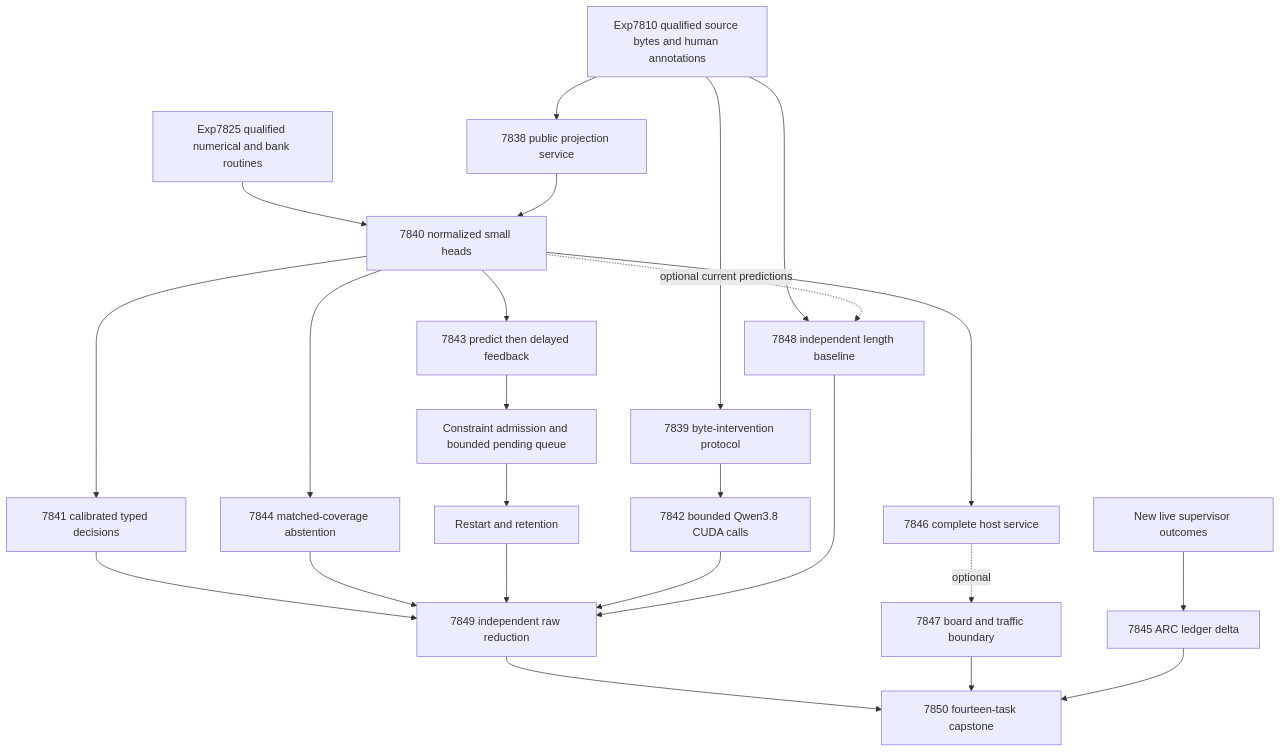
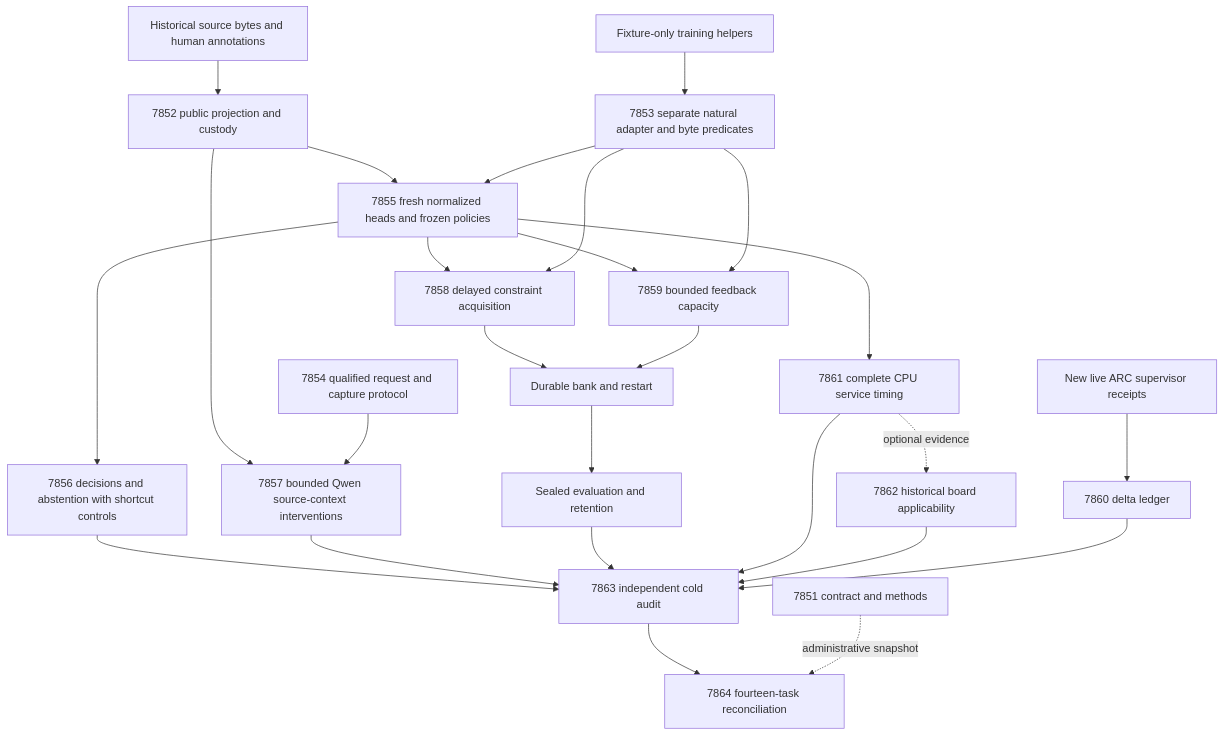
One commit to Carnot-EBM/carnot-ebm changed the first of 2 diagrams in openspec/change-proposals/research-roadmap-vNEXT.md. Above: the diagram before and after it, drawn with Mermaid. The commit also changed other lines of this file and 15 other files, not shown here.

````diff
--- a/openspec/change-proposals/research-roadmap-vNEXT.md
+++ b/openspec/change-proposals/research-roadmap-vNEXT.md
@@ -78,26 +95,28 @@
 ```mermaid
 flowchart TD
-    S[Exp7810 qualified source bytes and human annotations] --> P[7838 public projection service]
-    N[Exp7825 qualified numerical and bank routines] --> F[7840 normalized small heads]
-    P --> F
-    F --> D[7841 calibrated typed decisions]
-    F --> A[7844 matched-coverage abstention]
-    F --> L[7843 predict then delayed feedback]
-    L --> B[Constraint admission and bounded pending queue]
-    B --> R[Restart and retention]
-    S --> Q[7839 byte-intervention protocol]
-    Q --> G[7842 bounded Qwen3.8 CUDA calls]
-    S --> X[7848 independent length baseline]
-    F -. optional current predictions .-> X
-    F --> T[7846 complete host service]
-    T -. optional .-> H[7847 board and traffic boundary]
-    O[New live supervisor outcomes] --> C[7845 ARC ledger delta]
-    D --> I[7849 independent raw reduction]
-    A --> I
+    H[Historical source bytes and human annotations] --> S[7852 public projection and custody]
+    F[Fixture-only training helpers] --> N[7853 separate natural adapter and byte predicates]
+    S --> T[7855 fresh normalized heads and frozen policies]
+    N --> T
+    T --> D[7856 decisions and abstention with shortcut controls]
+    S --> Q[7857 bounded Qwen source-context interventions]
+    P[7854 qualified request and capture protocol] --> Q
+    T --> L[7858 delayed constraint acquisition]
+    N --> L
+    T --> C[7859 bounded feedback capacity]
+    N --> C
+    L --> B[Durable bank and restart]
+    C --> B
+    B --> R[Sealed evaluation and retention]
+    T --> W[7861 complete CPU service timing]
+    W -. optional evidence .-> K[7862 historical board applicability]
+    A[New live ARC supervisor receipts] --> X[7860 delta ledger]
+    D --> I[7863 independent cold audit]
+    Q --> I
     R --> I
-    G --> I
+    W --> I
+    K --> I
     X --> I
-    I --> Z[7850 fourteen-task capstone]
-    H --> Z
-    C --> Z
+    I --> Z[7864 fourteen-task reconciliation]
+    M[7851 contract and methods] -. administrative snapshot .-> Z
 ```
````
